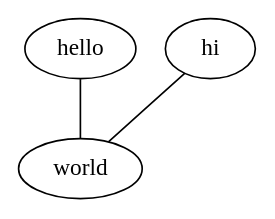
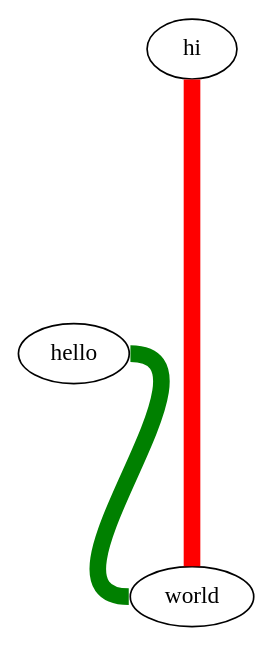
Before and after one commit to TrymNOHG/wireless-mesh-network: the diagram in graph1.dot, drawn with Graphviz. The commit also changed 3 other files, not shown here.

Commit message:
feat: more graph reading and writing

```diff
--- a/graph1.dot
+++ b/graph1.dot
@@ -1,4 +1,4 @@
 graph{
-    hello -- world [weight=5]
-    hi -- world [weight=1]
+    hello:e -- world:w [weight=3, minlen=3, penwidth=10, color=green]
+    hi -- world [weight=7, minlen=7, penwidth=10, color=red]
 }
```
